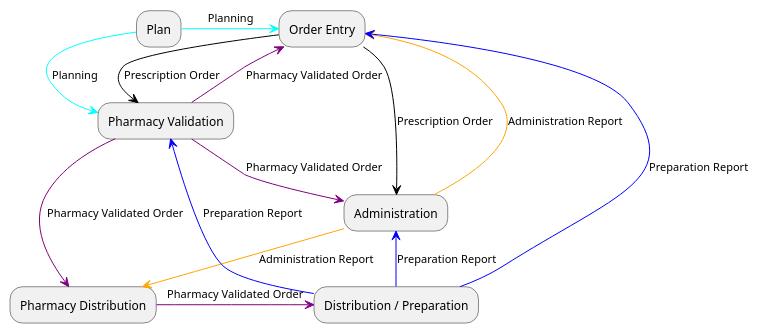
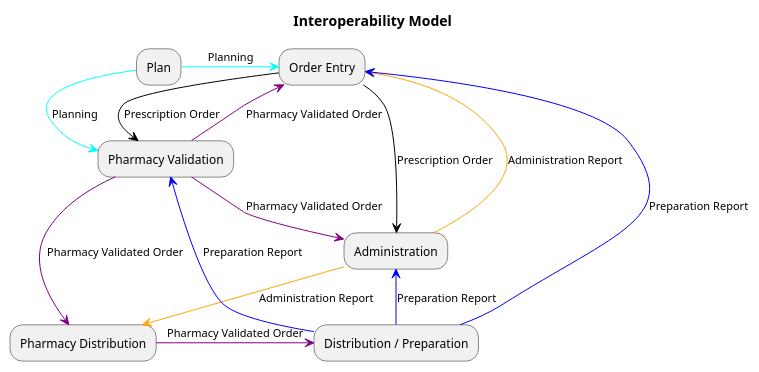
The diagram in input/images-source/interoperabilitymodel.plantuml (IHE/pharm-mpd), drawn with PlantUML before and after one commit. The commit also changed 1 other file, not shown here.

```diff
--- a/input/images-source/interoperabilitymodel.plantuml
+++ b/input/images-source/interoperabilitymodel.plantuml
@@ -1,29 +1,30 @@
 @startuml
+title Interoperability Model
 
 "Plan" -[#cyan]r->[Planning]  "Order Entry"
 
 "Plan" -[#cyan]r->[Planning]  "Pharmacy Validation"
 
 "Order Entry" -[#black]r->[Prescription Order]  "Pharmacy Validation"
 
 "Pharmacy Validation" -[#purple]r->[Pharmacy Validated Order]  "Pharmacy Distribution"
 
 "Pharmacy Distribution" -[#purple]r->[Pharmacy Validated Order]  "Distribution / Preparation"
 
 "Distribution / Preparation" -[#blue]r->[Preparation Report]  "Administration"
 
 "Administration" -[#orange]d->[Administration Report]  "Order Entry"
 
 "Order Entry" -[#black]d->[Prescription Order]  "Administration"
 
 "Pharmacy Validation" -[#purple]d->[Pharmacy Validated Order]  "Order Entry"
 
 "Distribution / Preparation" -[#blue]d->[Preparation Report]  "Order Entry"
 
 "Pharmacy Validation" -[#purple]d->[Pharmacy Validated Order]  "Administration"
 
 "Administration" -[#orange]->[Administration Report]  "Pharmacy Distribution"
 
 "Distribution / Preparation" -[#blue]d->[Preparation Report]  "Pharmacy Validation"
 
 @enduml
```
